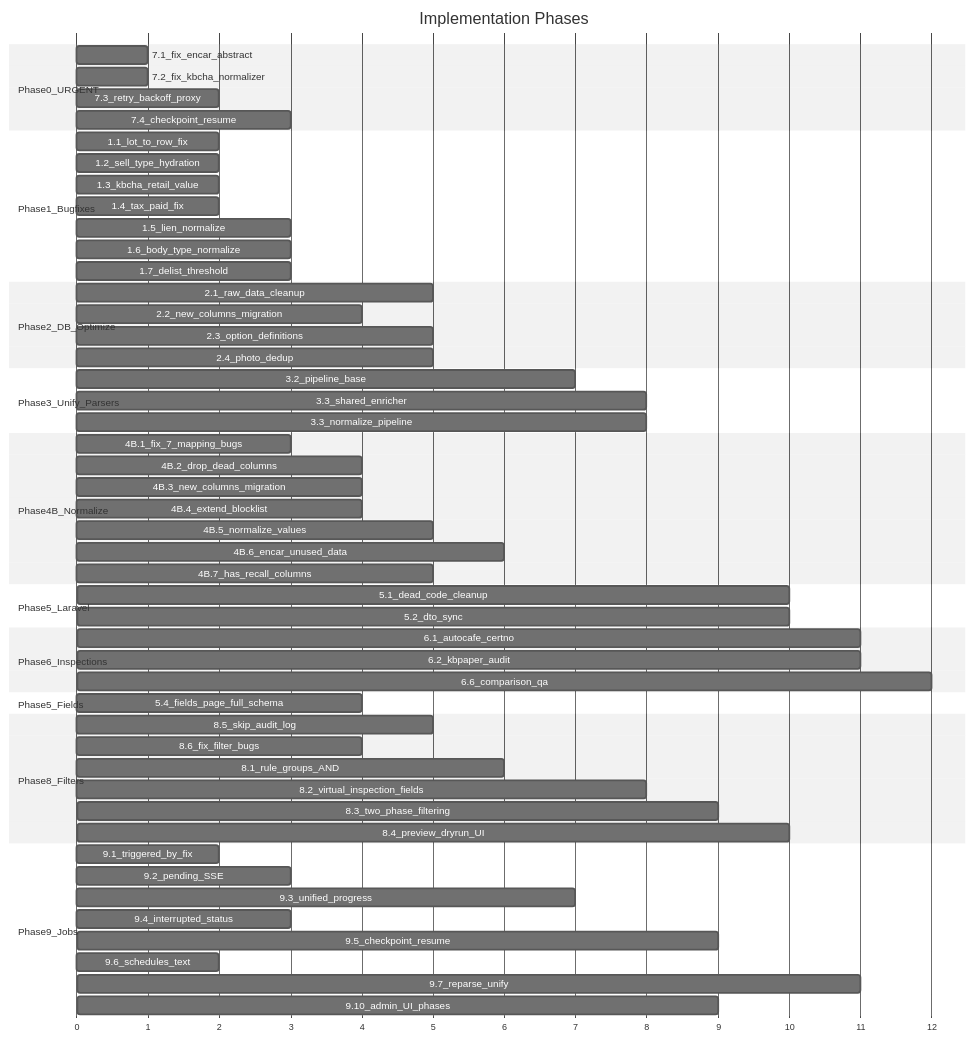
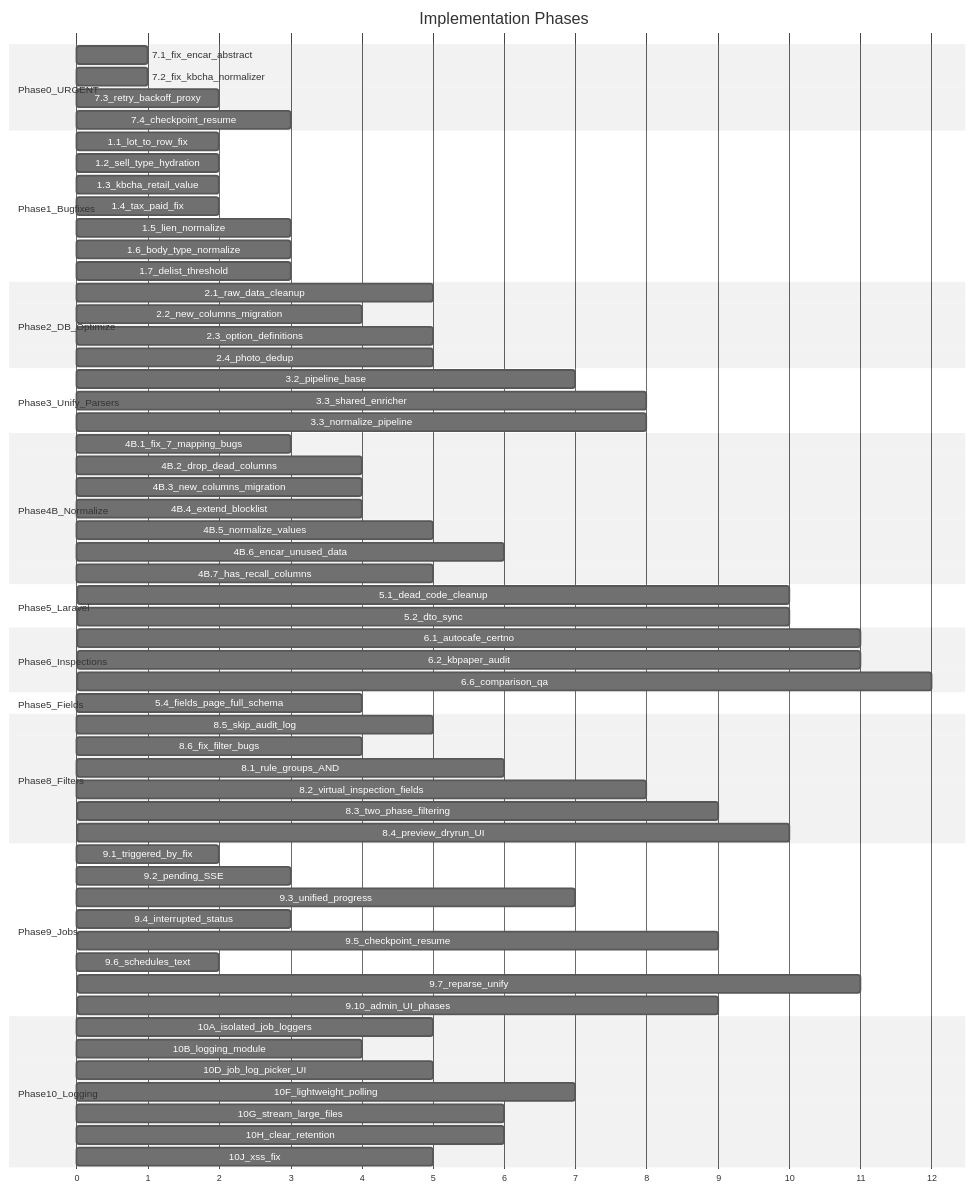
Before and after one commit to ArtyomKoshel/carbotacrchi: the eighth of 8 diagrams in PLAN_V3.md, drawn with Mermaid (neutral theme). The commit also changed other lines of this file and 2 other files, not shown here.

````diff
--- a/PLAN_V3.md
+++ b/PLAN_V3.md
@@ -879,61 +1059,69 @@
 ```mermaid
 gantt
     title Implementation Phases
     dateFormat X
     axisFormat %s
     section Phase0_URGENT
     7.1_fix_encar_abstract      :0, 1
     7.2_fix_kbcha_normalizer    :0, 1
     7.3_retry_backoff_proxy     :1, 2
     7.4_checkpoint_resume       :2, 3
     section Phase1_Bugfixes
     1.1_lot_to_row_fix          :1, 2
     1.2_sell_type_hydration     :1, 2
     1.3_kbcha_retail_value      :1, 2
     1.4_tax_paid_fix            :1, 2
     1.5_lien_normalize          :2, 3
     1.6_body_type_normalize     :2, 3
     1.7_delist_threshold        :2, 3
     section Phase2_DB_Optimize
     2.1_raw_data_cleanup        :3, 5
     2.2_new_columns_migration   :3, 4
     2.3_option_definitions      :4, 5
     2.4_photo_dedup             :4, 5
     section Phase3_Unify_Parsers
     3.2_pipeline_base           :5, 7
     3.3_shared_enricher         :6, 8
     3.3_normalize_pipeline      :6, 8
     section Phase4B_Normalize
     4B.1_fix_7_mapping_bugs     :1, 3
     4B.2_drop_dead_columns      :3, 4
     4B.3_new_columns_migration  :3, 4
     4B.4_extend_blocklist       :3, 4
     4B.5_normalize_values       :4, 5
     4B.6_encar_unused_data      :5, 6
     4B.7_has_recall_columns     :4, 5
     section Phase5_Laravel
     5.1_dead_code_cleanup       :9, 10
     5.2_dto_sync                :9, 10
     section Phase6_Inspections
     6.1_autocafe_certno         :10, 11
     6.2_kbpaper_audit           :10, 11
     6.6_comparison_qa           :11, 12
     section Phase5_Fields
     5.4_fields_page_full_schema :3, 4
     section Phase8_Filters
     8.5_skip_audit_log          :3, 5
     8.6_fix_filter_bugs         :3, 4
     8.1_rule_groups_AND         :4, 6
     8.2_virtual_inspection_fields:6, 8
     8.3_two_phase_filtering     :8, 9
     8.4_preview_dryrun_UI       :9, 10
     section Phase9_Jobs
     9.1_triggered_by_fix        :1, 2
     9.2_pending_SSE             :2, 3
     9.3_unified_progress        :5, 7
     9.4_interrupted_status      :2, 3
     9.5_checkpoint_resume       :7, 9
     9.6_schedules_text          :1, 2
     9.7_reparse_unify           :9, 11
     9.10_admin_UI_phases        :7, 9
+    section Phase10_Logging
+    10A_isolated_job_loggers    :3, 5
+    10B_logging_module          :3, 4
+    10D_job_log_picker_UI       :4, 5
+    10F_lightweight_polling     :5, 7
+    10G_stream_large_files      :5, 6
+    10H_clear_retention         :5, 6
+    10J_xss_fix                 :4, 5
 ```
````
